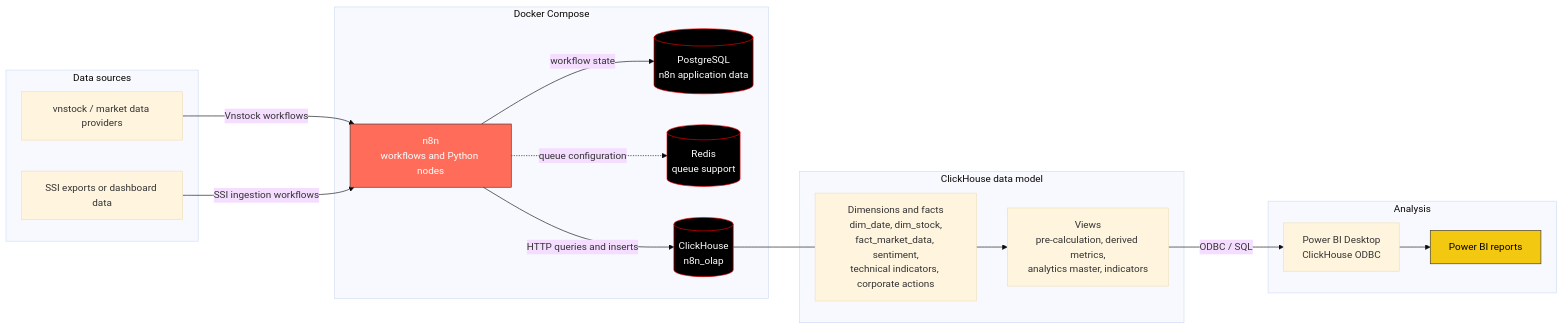
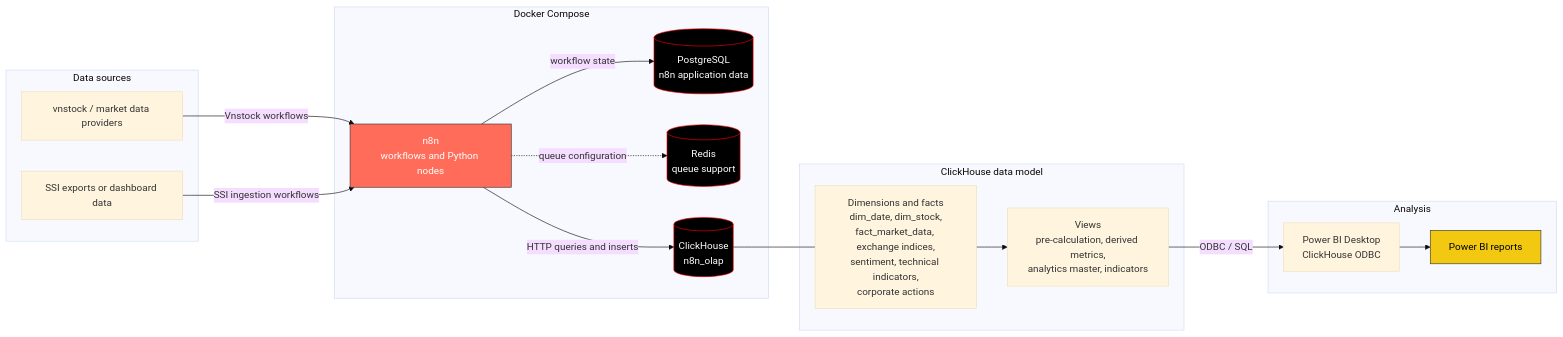
Before and after one commit to thuanvu301103/Stock: the first of 2 diagrams in README.md, drawn with Mermaid (base theme). The commit also changed other lines of this file and 38 other files, not shown here.

First line of the commit message:
Enhance market data workflows and implement regime classification (#5)

````diff
--- a/README.md
+++ b/README.md
@@ -12,42 +12,42 @@
 ```mermaid
 flowchart LR
     subgraph Sources["Data sources"]
         VN["vnstock / market data providers"]
         SSI["SSI exports or dashboard data"]
     end
 
     subgraph Compose["Docker Compose"]
         N8N["n8n<br/>workflows and Python nodes"]
         PG[("PostgreSQL<br/>n8n application data")]
         REDIS[("Redis<br/>queue support")]
         CH[("ClickHouse<br/>n8n_olap")]
 
         N8N -->|"workflow state"| PG
         N8N -.->|"queue configuration"| REDIS
         N8N -->|"HTTP queries and inserts"| CH
     end
 
     subgraph Analytics["ClickHouse data model"]
-        TABLES["Dimensions and facts<br/>dim_date, dim_stock,<br/>fact_market_data, sentiment,<br/>technical indicators, corporate actions"]
+        TABLES["Dimensions and facts<br/>dim_date, dim_stock,<br/>fact_market_data, exchange indices,<br/>sentiment, technical indicators,<br/>corporate actions"]
         VIEWS["Views<br/>pre-calculation, derived metrics,<br/>analytics master, indicators"]
         TABLES --> VIEWS
     end
 
     subgraph Consumers["Analysis"]
         PBI["Power BI Desktop<br/>ClickHouse ODBC"]
         REPORT["Power BI reports"]
         PBI --> REPORT
     end
 
     VN -->|"Vnstock workflows"| N8N
     SSI -->|"SSI ingestion workflows"| N8N
     CH --- TABLES
     VIEWS -->|"ODBC / SQL"| PBI
 
     classDef engine fill:#ff6d5a,stroke:#333,color:#fff
     classDef database fill:#000,stroke:#f00,color:#fff
     classDef report fill:#f2c811,stroke:#333,color:#000
     class N8N engine
     class CH,PG,REDIS database
     class REPORT report
 ```
````
